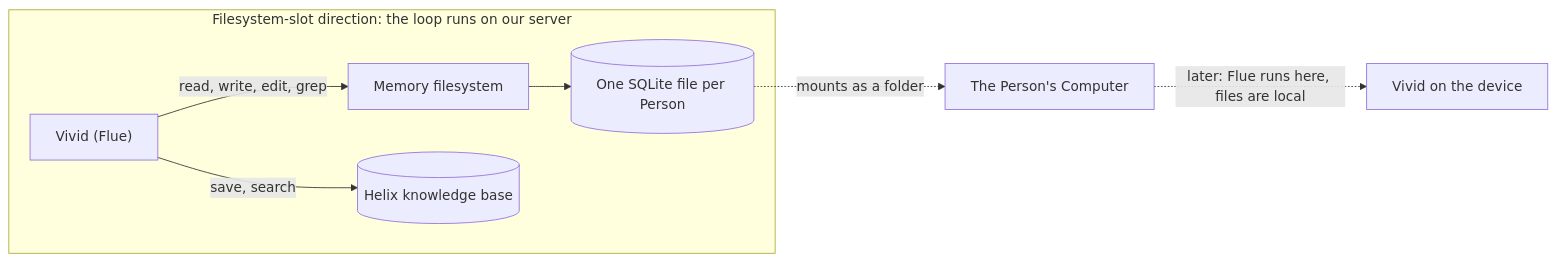
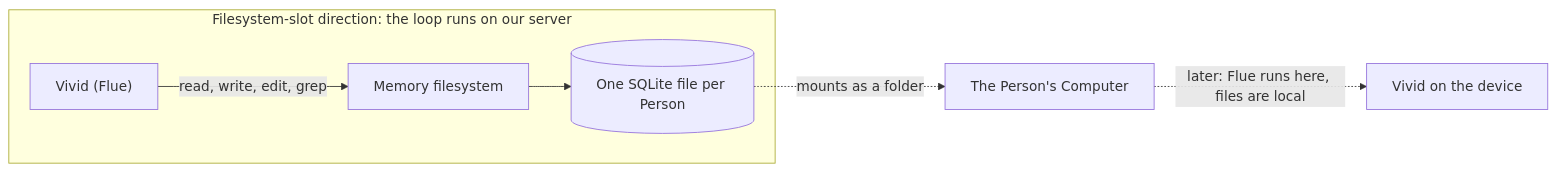
Before and after one commit to Konan69/lucid: the diagram in docs/25-memory.md, drawn with Mermaid. The commit also changed other lines of this file and 60 other files, not shown here.

````diff
--- a/docs/25-memory.md
+++ b/docs/25-memory.md
@@ -33,10 +35,9 @@
 ```mermaid
 flowchart LR
   subgraph now["Filesystem-slot direction: the loop runs on our server"]
     Vivid["Vivid (Flue)"] -- "read, write, edit, grep" --> FS["Memory filesystem"]
     FS --> DB[("One SQLite file per Person")]
-    Vivid -- "save, search" --> KB[("Helix knowledge base")]
   end
   DB -. "mounts as a folder" .-> Computer["The Person's Computer"]
   Computer -. "later: Flue runs here, files are local" .-> Device["Vivid on the device"]
 ```
````
